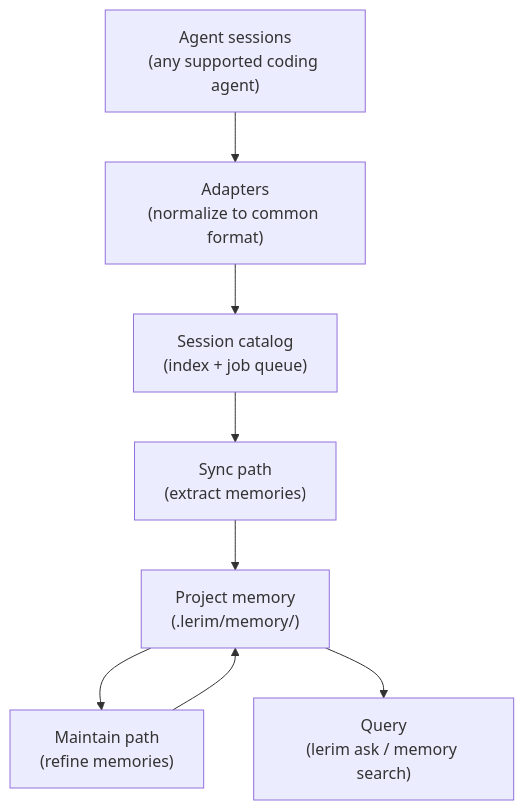
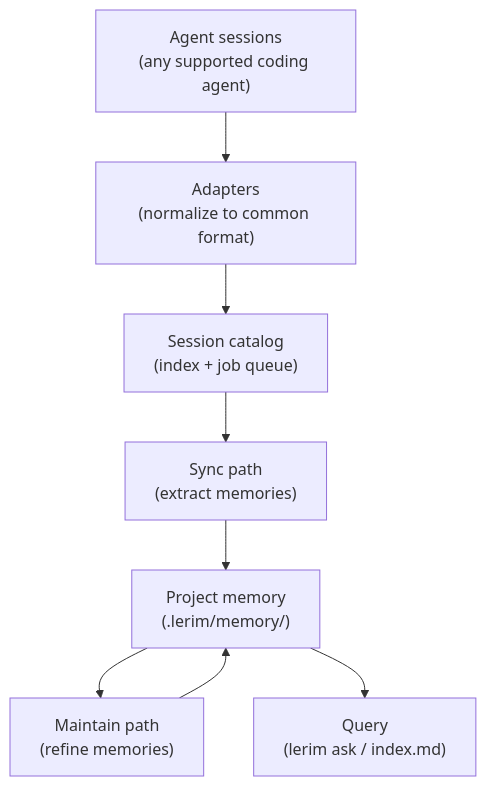
One commit to lerim-dev/lerim-cli changed the first of 3 diagrams in docs/concepts/how-it-works.md. Above: the diagram before and after it, drawn with Mermaid. The commit also changed 9 other files, not shown here.

````diff
--- a/docs/concepts/how-it-works.md
+++ b/docs/concepts/how-it-works.md
@@ -43,10 +43,10 @@
 ```mermaid
 flowchart TD
     A["Agent sessions\n(any supported coding agent)"] --> B["Adapters\n(normalize to common format)"]
     B --> C["Session catalog\n(index + job queue)"]
     C --> D["Sync path\n(extract memories)"]
     D --> E["Project memory\n(.lerim/memory/)"]
     E --> F["Maintain path\n(refine memories)"]
     F --> E
-    E --> G["Query\n(lerim ask / memory search)"]
+    E --> G["Query\n(lerim ask / index.md)"]
 ```
````
